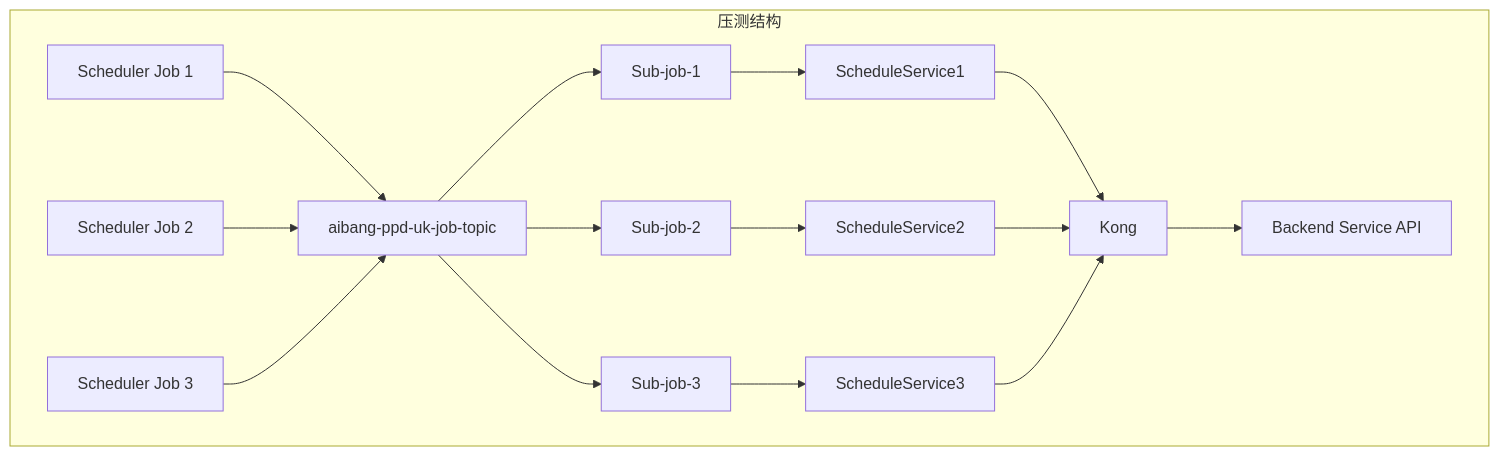
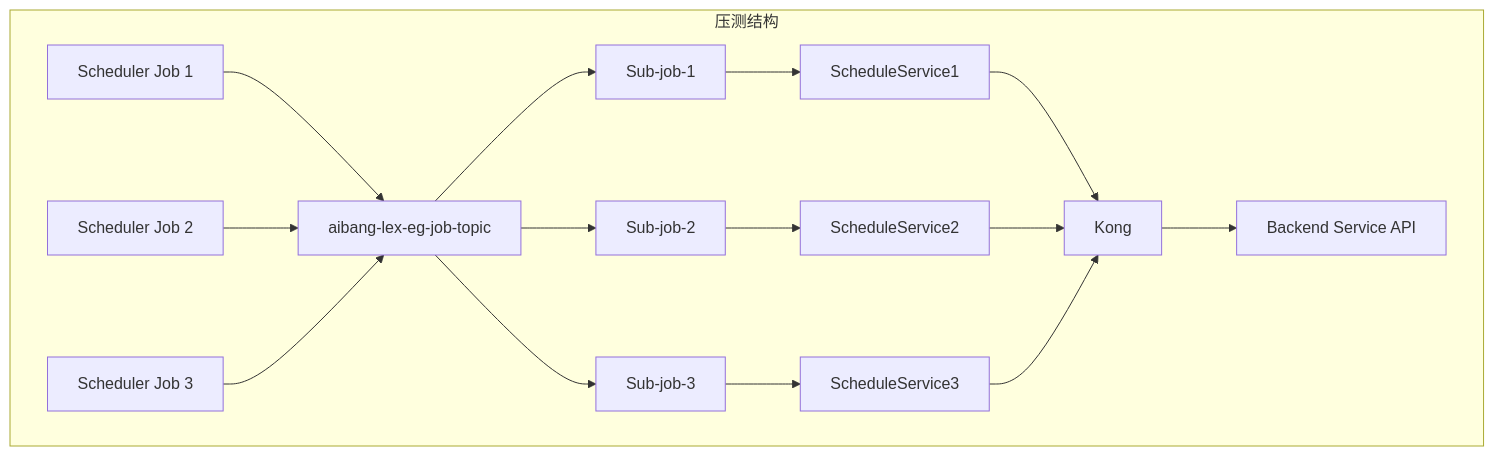
One commit to aibangjuxin/knowledge changed the diagram in gcp/pub-sub/pub-sub-command.md. Above: the diagram before and after it, drawn with Mermaid. The commit also changed other lines of this file and 2 other files, not shown here.

Commit message:
This is for my macOS git push or pull at Thu Jun 26 16:14:59 CST 2025. Last changed file: gcp/pub-sub/pub-sub-timeout.md

````diff
--- a/gcp/pub-sub/pub-sub-command.md
+++ b/gcp/pub-sub/pub-sub-command.md
@@ -116,16 +134,16 @@
 ```mermaid
 flowchart TD
   subgraph "压测结构"
-    Scheduler1[Scheduler Job 1] --> Pub[aibang-ppd-uk-job-topic]
+    Scheduler1[Scheduler Job 1] --> Pub[aibang-lex-eg-job-topic]
     Scheduler2[Scheduler Job 2] --> Pub
     Scheduler3[Scheduler Job 3] --> Pub
     Pub --> Sub1[Sub-job-1]
     Pub --> Sub2[Sub-job-2]
     Pub --> Sub3[Sub-job-3]
     Sub1 --> ScheduleService1
     Sub2 --> ScheduleService2
     Sub3 --> ScheduleService3
     ScheduleService1 & ScheduleService2 & ScheduleService3 --> Kong
     Kong --> BackendAPI[Backend Service API]
   end
 ```
````
